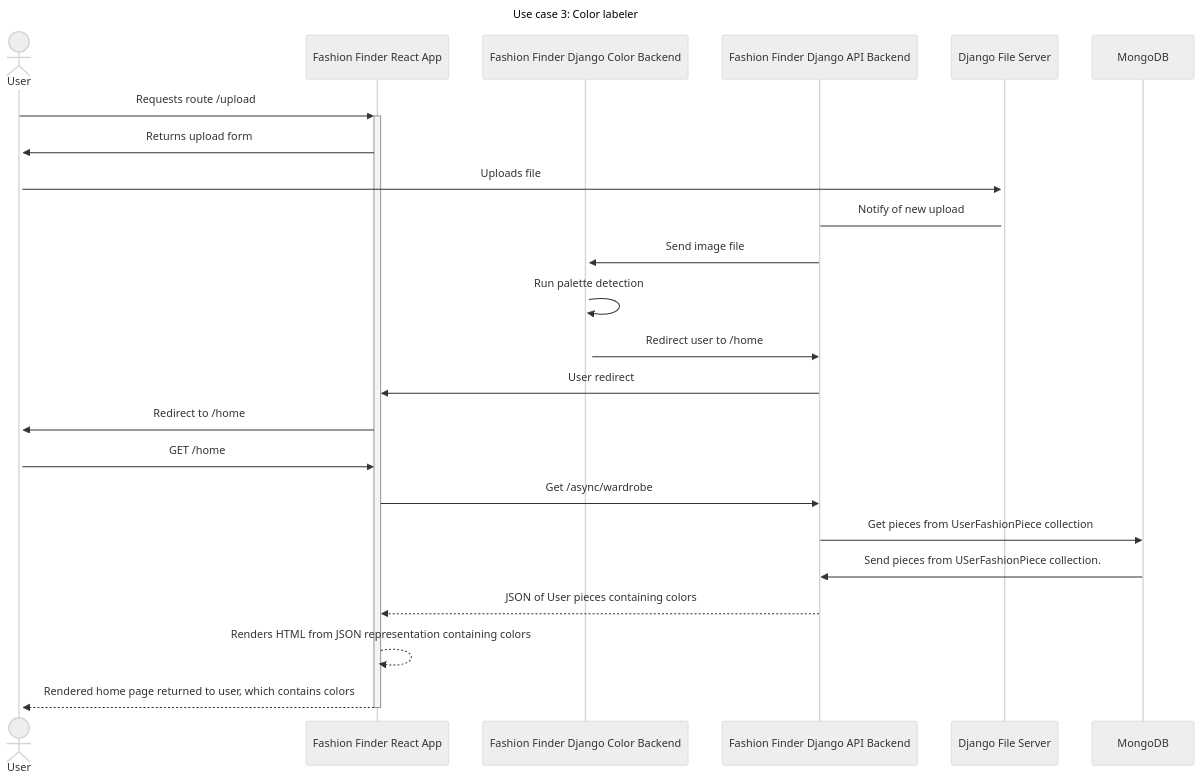
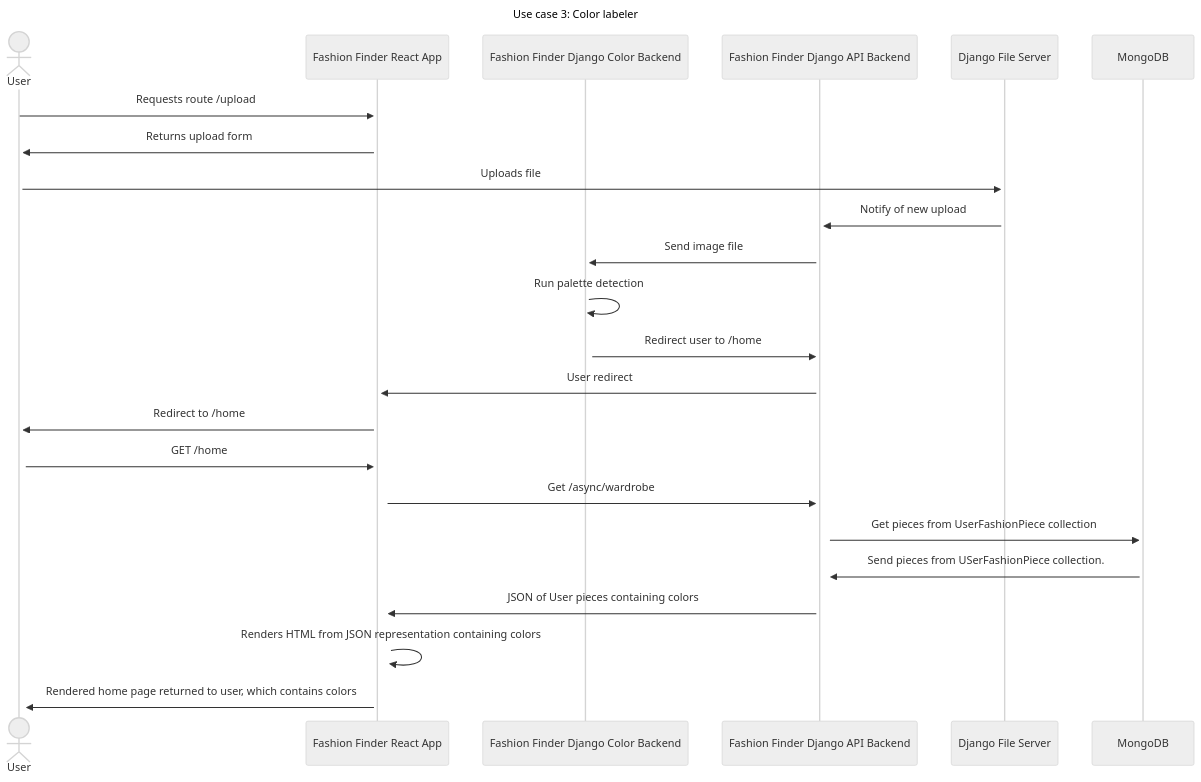
One commit to Capstone-Projects-2022-Fall/project-fashion-finder changed the third of 6 diagrams in documentation/docs/requirements/use-case-descriptions.md. Above: the diagram before and after it, drawn with Mermaid (neutral theme). The commit also changed other lines of this file, not shown here.

````diff
--- a/documentation/docs/requirements/use-case-descriptions.md
+++ b/documentation/docs/requirements/use-case-descriptions.md
@@ -75,29 +75,29 @@
 ```mermaid
 sequenceDiagram
     title Use case 3: Color labeler
     actor U as User
     participant F as Fashion Finder React App
     %% participant DM as Fashion Finder Django ML Backend
     participant DMC as Fashion Finder Django Color Backend
     participant DC as Fashion Finder Django API Backend
     participant DFS as Django File Server
     participant DB as MongoDB
     U->>+F: Requests route /upload
     F->>+U: Returns upload form
     U->>+DFS: Uploads file
-    DFS->DC: Notify of new upload
+    DFS->>+DC: Notify of new upload
     DC->>+DMC: Send image file
     DMC->>+DMC: Run palette detection
-    DMC->>DC: Redirect user to /home
-    DC->>F: User redirect
-    F->>U: Redirect to /home
-    U->>F: GET /home
-    F->>DC: Get /async/wardrobe
-    DC->>DB: Get pieces from UserFashionPiece collection
-    DB->>DC: Send pieces from USerFashionPiece collection.
-    DC-->>F: JSON of User pieces containing colors
-    F-->>F: Renders HTML from JSON representation containing colors
-    F-->>-U: Rendered home page returned to user, which contains colors
+    DMC->>+DC: Redirect user to /home
+    DC->>+F: User redirect
+    F->>+U: Redirect to /home
+    U->>+F: GET /home
+    F->>+DC: Get /async/wardrobe
+    DC->>+DB: Get pieces from UserFashionPiece collection
+    DB->>+DC: Send pieces from USerFashionPiece collection.
+    DC->>+F: JSON of User pieces containing colors
+    F->>+F: Renders HTML from JSON representation containing colors
+    F->>+U: Rendered home page returned to user, which contains colors
 
 
 ```
````
